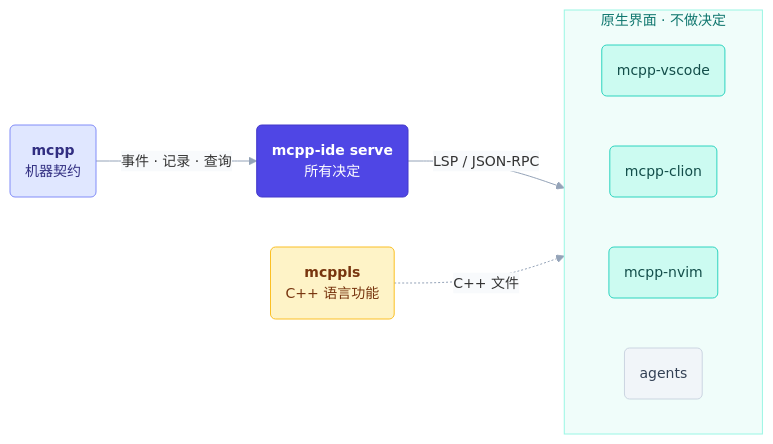
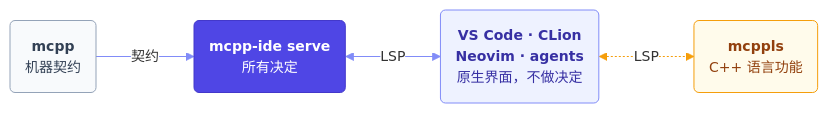
Before and after one commit to mcpp-community/mcpp-ide: the diagram in README.zh-CN.md, drawn with Mermaid. The commit also changed other lines of this file and 3 other files, not shown here.

First line of the commit message:
docs: one prompt for agents, one editors table with its marketplaces, straight diagrams

````diff
--- a/README.zh-CN.md
+++ b/README.zh-CN.md
@@ -28,22 +28,14 @@
 ```mermaid
-%%{init: {"theme": "base", "themeVariables": {"fontFamily": "ui-sans-serif, system-ui, -apple-system, Segoe UI, sans-serif", "fontSize": "14px", "lineColor": "#94a3b8", "edgeLabelBackground": "#f8fafc", "clusterBkg": "#f0fdfa", "clusterBorder": "#99f6e4", "titleColor": "#0f766e"}}}%%
+%%{init: {"theme": "base", "flowchart": {"curve": "linear", "rankSpacing": 70}, "themeVariables": {"fontFamily": "ui-sans-serif, system-ui, -apple-system, Segoe UI, sans-serif", "fontSize": "14px", "lineColor": "#818cf8", "edgeLabelBackground": "#ffffff"}}}%%
 flowchart LR
-    mcpp("<b>mcpp</b><br/>机器契约"):::mcpp
+    mcpp("<b>mcpp</b><br/>机器契约"):::ext
     serve("<b>mcpp-ide serve</b><br/>所有决定"):::core
+    clients("<b>VS Code · CLion<br/>Neovim · agents</b><br/>原生界面，不做决定"):::ide
     mcppls("<b>mcppls</b><br/>C++ 语言功能"):::ls
-    subgraph clients ["原生界面 · 不做决定"]
-        direction LR
-        vscode("mcpp-vscode"):::ide
-        clion("mcpp-clion"):::ide
-        nvim("mcpp-nvim"):::ide
-        agent("agents"):::agent
-    end
-    mcpp -- "事件 · 记录 · 查询" --> serve
-    serve -- "LSP / JSON-RPC" --> clients
-    mcppls -. "C++ 文件" .-> clients
-    classDef mcpp fill:#e0e7ff,stroke:#818cf8,color:#312e81
+    mcpp -- 契约 --> serve <-- LSP --> clients <-. LSP .-> mcppls
+    classDef ext fill:#f8fafc,stroke:#94a3b8,color:#334155
     classDef core fill:#4f46e5,stroke:#4338ca,color:#ffffff
-    classDef ide fill:#ccfbf1,stroke:#2dd4bf,color:#134e4a
-    classDef agent fill:#f1f5f9,stroke:#cbd5e1,color:#334155
-    classDef ls fill:#fef3c7,stroke:#fbbf24,color:#78350f
+    classDef ide fill:#eef2ff,stroke:#818cf8,color:#3730a3
+    classDef ls fill:#fffbeb,stroke:#f59e0b,color:#92400e
+    linkStyle 2 stroke:#f59e0b
 ```
````
